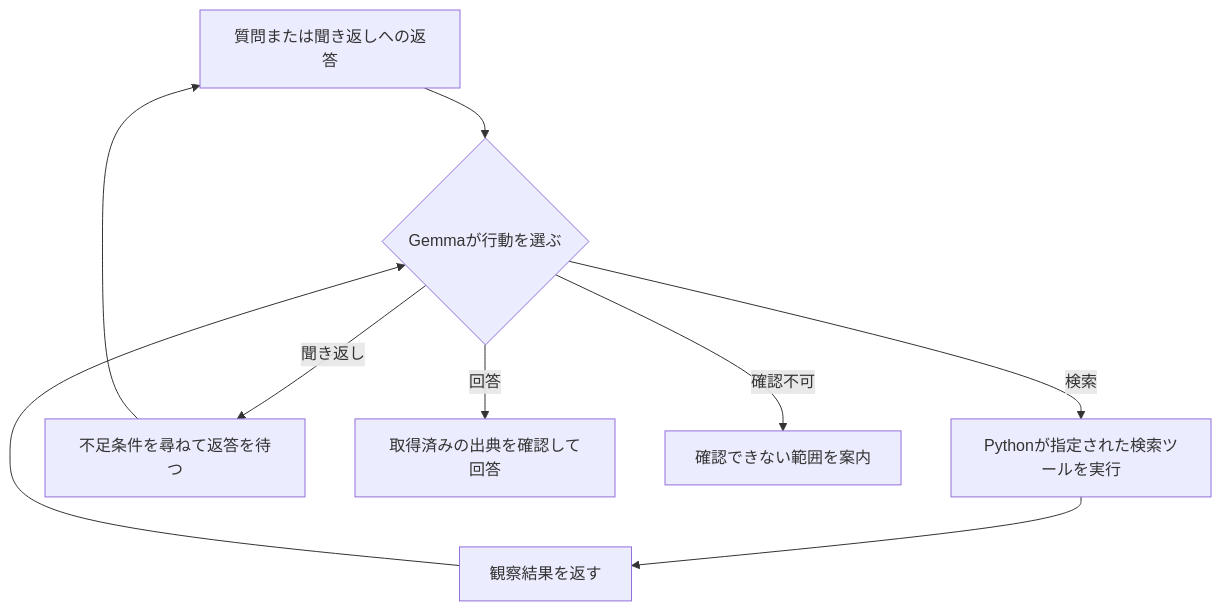
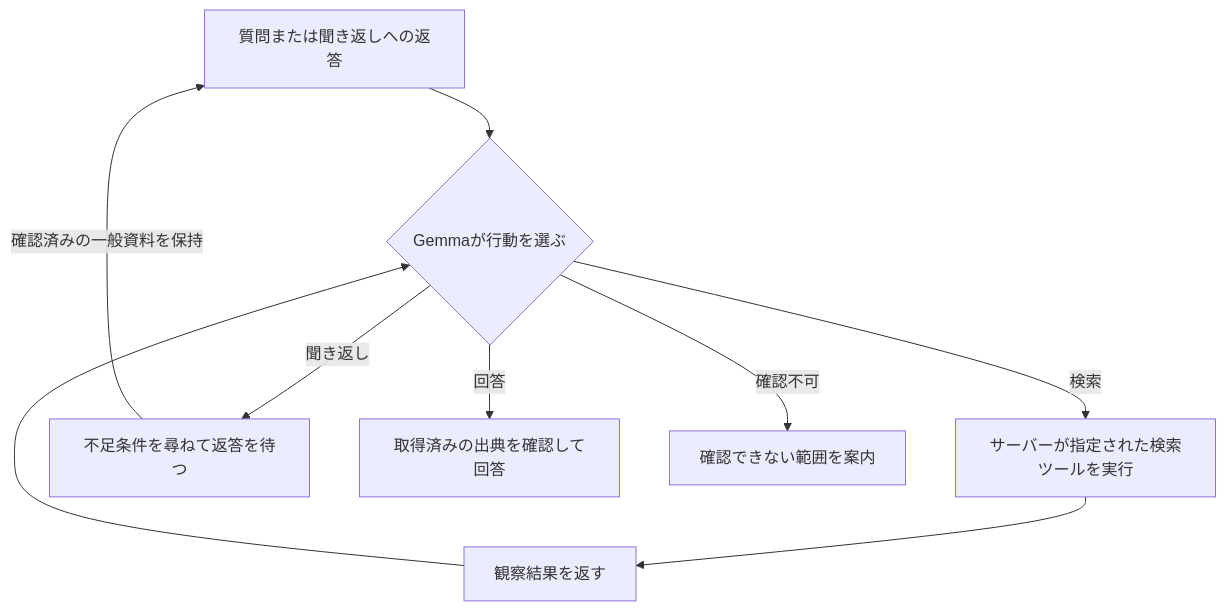
Before and after one commit to taku0193/sanriku-signal: the diagram in docs/agentic-rag-design.md, drawn with Mermaid. The commit also changed other lines of this file and 5 other files, not shown here.

````diff
--- a/docs/agentic-rag-design.md
+++ b/docs/agentic-rag-design.md
@@ -42,11 +40,11 @@
 ```mermaid
 flowchart TD
     A[質問または聞き返しへの返答] --> R{Gemmaが行動を選ぶ}
-    R -->|検索| T[Pythonが指定された検索ツールを実行]
+    R -->|検索| T[サーバーが指定された検索ツールを実行]
     T --> O[観察結果を返す]
     O --> R
     R -->|聞き返し| C[不足条件を尋ねて返答を待つ]
-    C --> A
+    C -->|確認済みの一般資料を保持| A
     R -->|回答| D[取得済みの出典を確認して回答]
     R -->|確認不可| G[確認できない範囲を案内]
 ```
````
